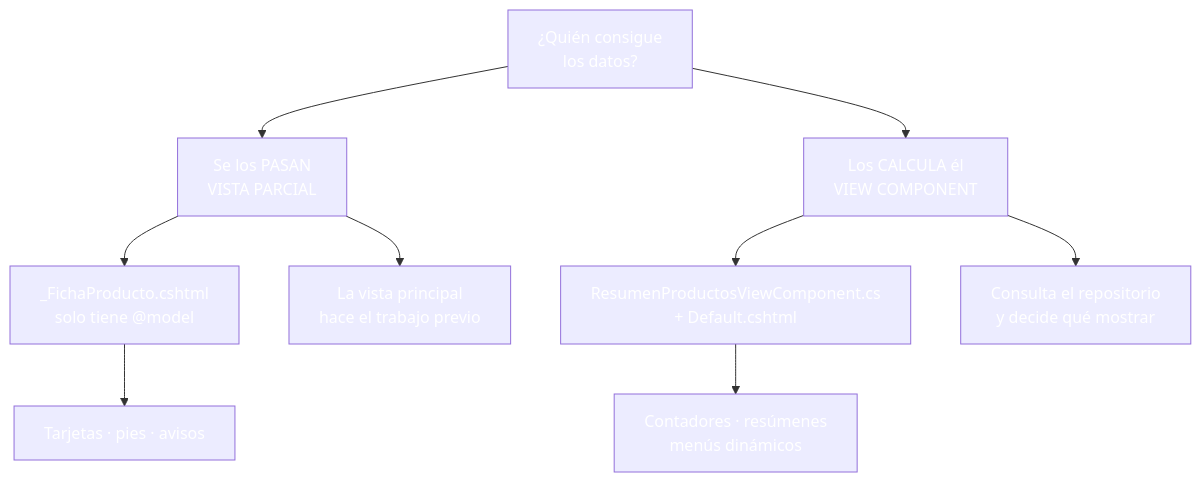
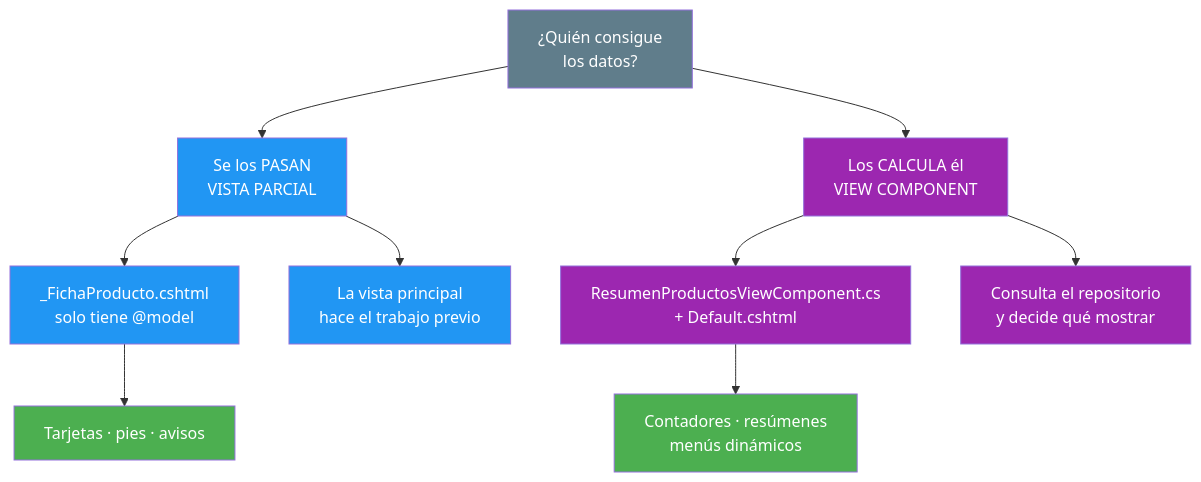
The fourth of 5 diagrams in 05-layouts-partials-componentes.md (joseluisgs/DesarrolloWebEntornosServidor-03-2026-2027), drawn with Mermaid before and after one commit. The commit also changed other lines of this file and 25 other files, not shown here.

Commit message:
docs: corregir los estilos Mermaid de los temas y alinear el dominio del tema 25 con ProductosApp

````diff
--- a/05-layouts-partials-componentes.md
+++ b/05-layouts-partials-componentes.md
@@ -410,24 +410,24 @@
 ```mermaid
 graph TD
     A["¿Quién consigue<br/>los datos?"] --> B["Se los PASAN<br/>VISTA PARCIAL"]
     A --> C["Los CALCULA él<br/>VIEW COMPONENT"]
 
     B --> B1["_FichaProducto.cshtml<br/>solo tiene @model"]
     B --> B2["La vista principal<br/>hace el trabajo previo"]
 
     C --> C1["ResumenProductosViewComponent.cs<br/>+ Default.cshtml"]
     C --> C2["Consulta el repositorio<br/>y decide qué mostrar"]
 
     B1 --> D["Tarjetas · pies · avisos"]
     C1 --> E["Contadores · resúmenes<br/>menús dinámicos"]
 
-    style A fill:#607D8,color:#fffB,color:#fff
-    style B fill:#2196F,color:#fff3,color:#fff
-    style C fill:#9C27B,color:#fff0,color:#fff
-    style B1 fill:#2196F,color:#fff3,color:#fff
-    style B2 fill:#2196F,color:#fff3,color:#fff
-    style C1 fill:#9C27B,color:#fff0,color:#fff
-    style C2 fill:#9C27B,color:#fff0,color:#fff
-    style D fill:#4CAF5,color:#fff0,color:#fff
-    style E fill:#4CAF5,color:#fff0,color:#fff
+    style A fill:#607D8B,color:#fff
+    style B fill:#2196F3,color:#fff
+    style C fill:#9C27B0,color:#fff
+    style B1 fill:#2196F3,color:#fff
+    style B2 fill:#2196F3,color:#fff
+    style C1 fill:#9C27B0,color:#fff
+    style C2 fill:#9C27B0,color:#fff
+    style D fill:#4CAF50,color:#fff
+    style E fill:#4CAF50,color:#fff
 ```
````
